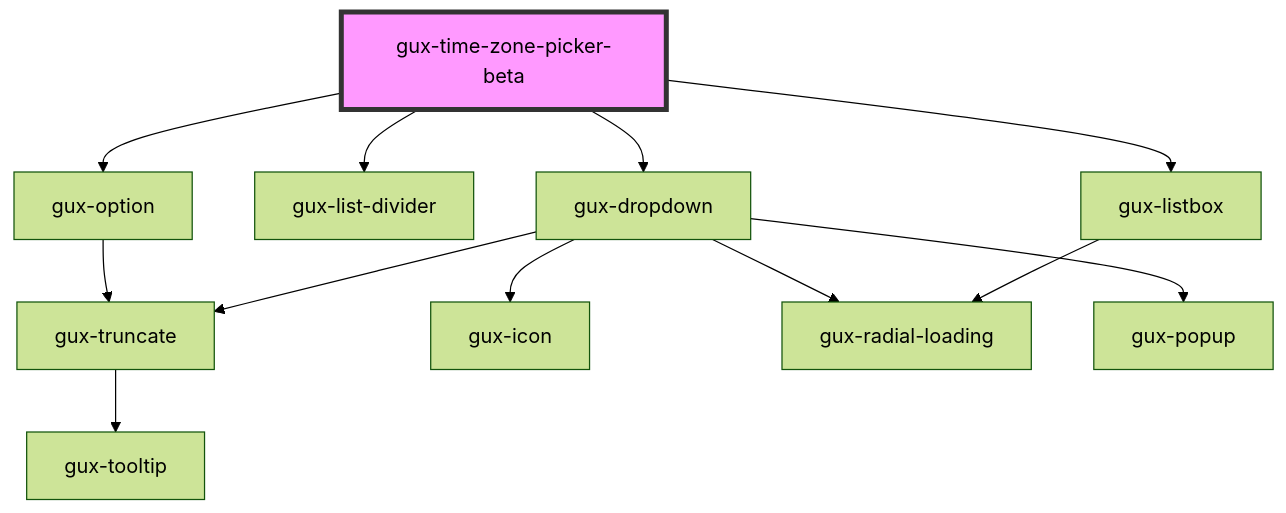
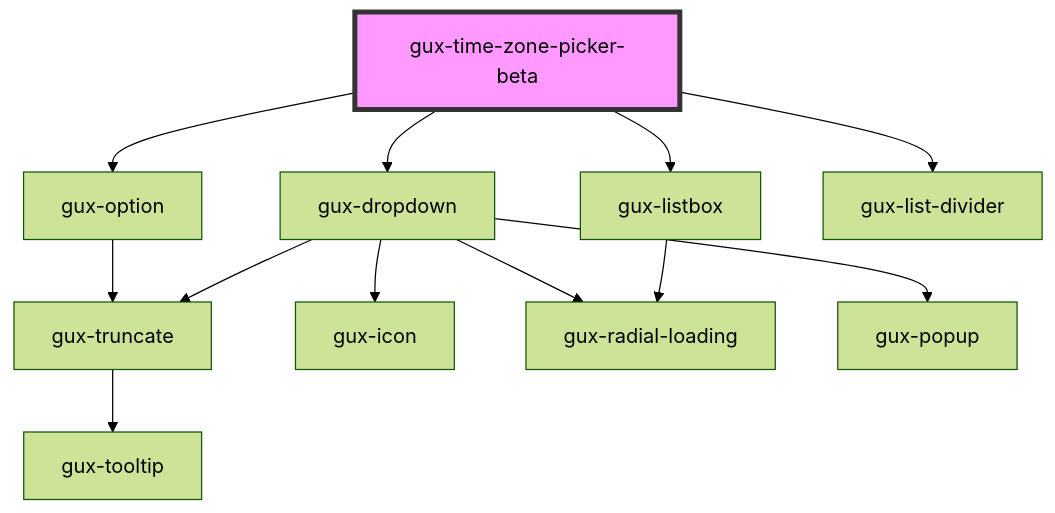
Before and after one commit to MyPureCloud/genesys-spark: the diagram in packages/genesys-spark-components/src/components/beta/gux-time-zone-picker/readme.md, drawn with Mermaid (forest theme). The commit also changed other lines of this file and 6 other files, not shown here.

Commit message:
fix(time-zone-picker): syncing with newer changes in v3

````diff
--- a/packages/genesys-spark-components/src/components/beta/gux-time-zone-picker/readme.md
+++ b/packages/genesys-spark-components/src/components/beta/gux-time-zone-picker/readme.md
@@ -30,15 +30,15 @@
 ```mermaid
 graph TD;
   gux-time-zone-picker-beta --> gux-option
-  gux-time-zone-picker-beta --> gux-list-divider
   gux-time-zone-picker-beta --> gux-dropdown
   gux-time-zone-picker-beta --> gux-listbox
+  gux-time-zone-picker-beta --> gux-list-divider
   gux-option --> gux-truncate
   gux-truncate --> gux-tooltip
   gux-dropdown --> gux-truncate
   gux-dropdown --> gux-icon
   gux-dropdown --> gux-radial-loading
   gux-dropdown --> gux-popup
   gux-listbox --> gux-radial-loading
   style gux-time-zone-picker-beta fill:#f9f,stroke:#333,stroke-width:4px
 ```
````
